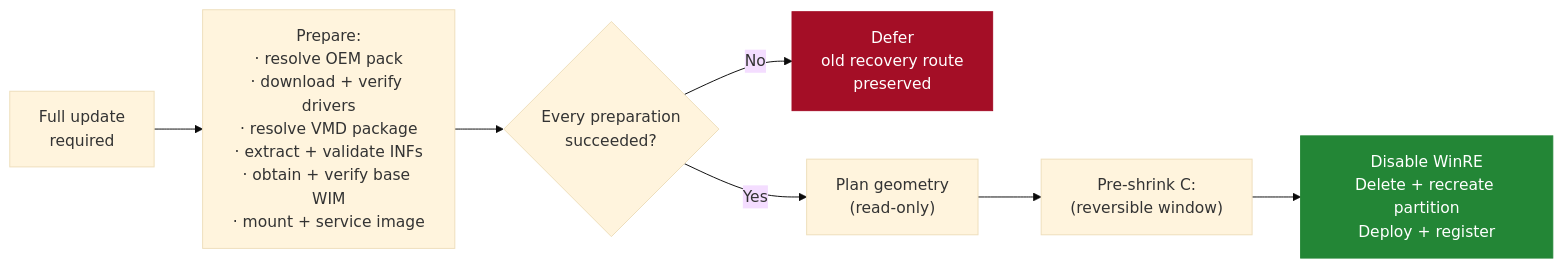
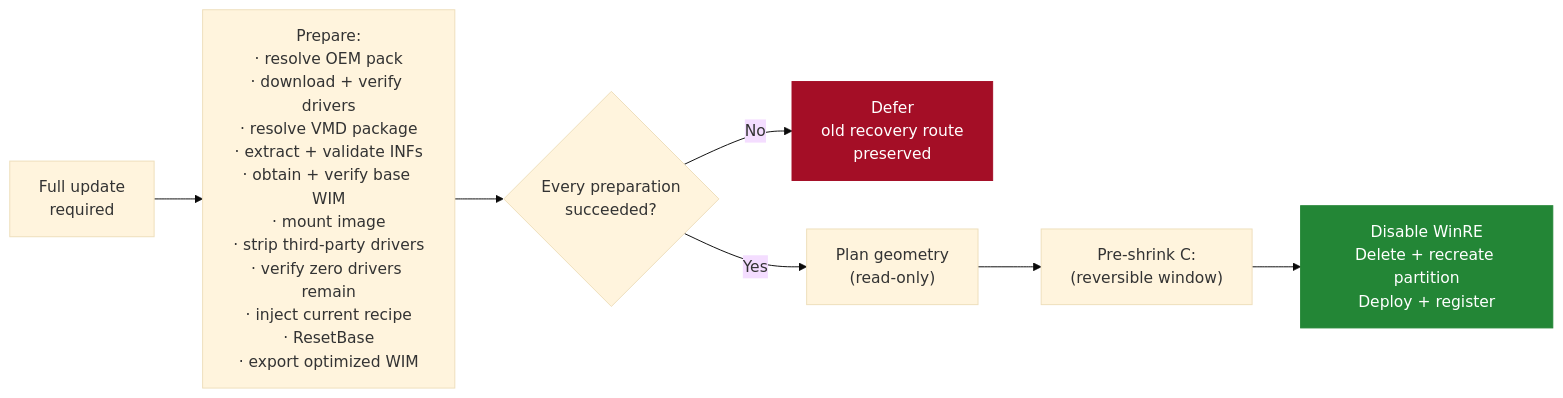
Before and after one commit to ArthurJDurand/WinRE-Manager: the second of 2 diagrams in README.md, drawn with Mermaid (base theme). The commit also changed other lines of this file and 15 other files, not shown here.

````diff
--- a/README.md
+++ b/README.md
@@ -147,14 +228,14 @@
 ```mermaid
 flowchart LR
-    A["Full update<br/>required"] --> B["Prepare:<br/>· resolve OEM pack<br/>· download + verify drivers<br/>· resolve VMD package<br/>· extract + validate INFs<br/>· obtain + verify base WIM<br/>· mount + service image"]
+    A["Full update<br/>required"] --> B["Prepare:<br/>· resolve OEM pack<br/>· download + verify drivers<br/>· resolve VMD package<br/>· extract + validate INFs<br/>· obtain + verify base WIM<br/>· mount image<br/>· strip third-party drivers<br/>· verify zero drivers remain<br/>· inject current recipe<br/>· ResetBase<br/>· export optimized WIM"]
 
     B --> C{"Every preparation<br/>succeeded?"}
     C -->|"No"| D["Defer<br/>old recovery route<br/>preserved"]
     C -->|"Yes"| E["Plan geometry<br/>(read-only)"]
 
     E --> F["Pre-shrink C:<br/>(reversible window)"]
     F --> G["Disable WinRE<br/>Delete + recreate partition<br/>Deploy + register"]
 
     style D fill:#a40e26,stroke:#a40e26,color:#fff
     style G fill:#238636,stroke:#238636,color:#fff
 ```
````
